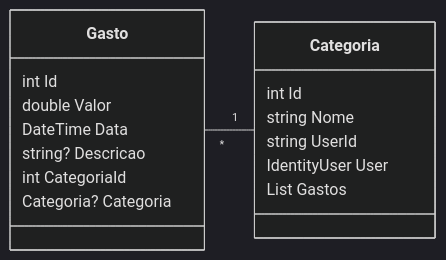
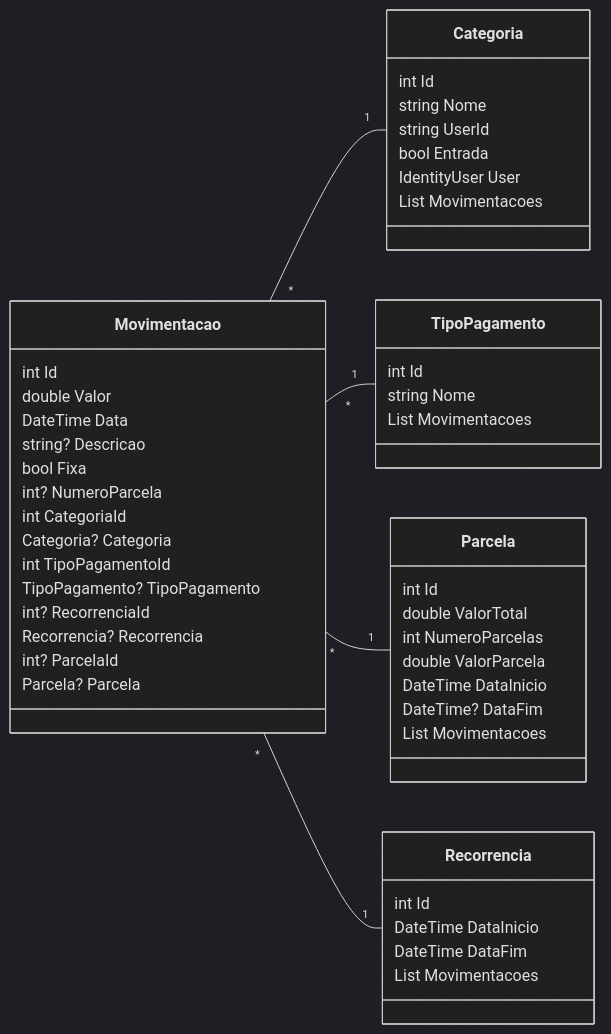
Before and after one commit to Ramon-Mateus/ContaMente-API: the diagram in README.md, drawn with Mermaid (dark theme).

Commit message:
Update README.md with new database model

````diff
--- a/README.md
+++ b/README.md
@@ -13,20 +13,52 @@
 ```mermaid
   classDiagram
     direction LR
-    Gasto "*"--"1" Categoria
+    Movimentacao "*"--"1" Categoria
+    Movimentacao "*"--"1" TipoPagamento
+    Movimentacao "*"--"1" Parcela
+    Movimentacao "*"--"1" Recorrencia
 
-    class Gasto
-    Gasto : int Id
-    Gasto : double Valor
-    Gasto : DateTime Data
-    Gasto : string? Descricao
-    Gasto : int CategoriaId
-    Gasto :  Categoria? Categoria
+    class Movimentacao
+    Movimentacao : int Id
+    Movimentacao : double Valor
+    Movimentacao : DateTime Data
+    Movimentacao : string? Descricao
+    Movimentacao : bool Fixa
+    Movimentacao : int? NumeroParcela
+    Movimentacao : int CategoriaId
+    Movimentacao :  Categoria? Categoria
+    Movimentacao : int TipoPagamentoId
+    Movimentacao :  TipoPagamento? TipoPagamento
+    Movimentacao : int? RecorrenciaId
+    Movimentacao :  Recorrencia? Recorrencia
+    Movimentacao : int? ParcelaId
+    Movimentacao :  Parcela? Parcela
 
     class Categoria
     Categoria : int Id
     Categoria : string Nome
     Categoria : string UserId
+    Categoria : bool Entrada
     Categoria : IdentityUser User
-    Categoria : List<Gasto> Gastos
+    Categoria : List<Movimentacao> Movimentacoes
+
+    class TipoPagamento
+    TipoPagamento : int Id
+    TipoPagamento : string Nome
+    TipoPagamento : List<Movimentacao> Movimentacoes
+
+    class Parcela
+    Parcela : int Id
+    Parcela : double ValorTotal
+    Parcela : int NumeroParcelas
+    Parcela : double ValorParcela
+    Parcela : DateTime DataInicio
+    Parcela : DateTime? DataFim
+    Parcela : List<Movimentacao> Movimentacoes
+
+    class Recorrencia
+    Recorrencia : int Id
+    Recorrencia : DateTime DataInicio
+    Recorrencia : DateTime DataFim
+    Recorrencia : List<Movimentacao> Movimentacoes
 ```
````
